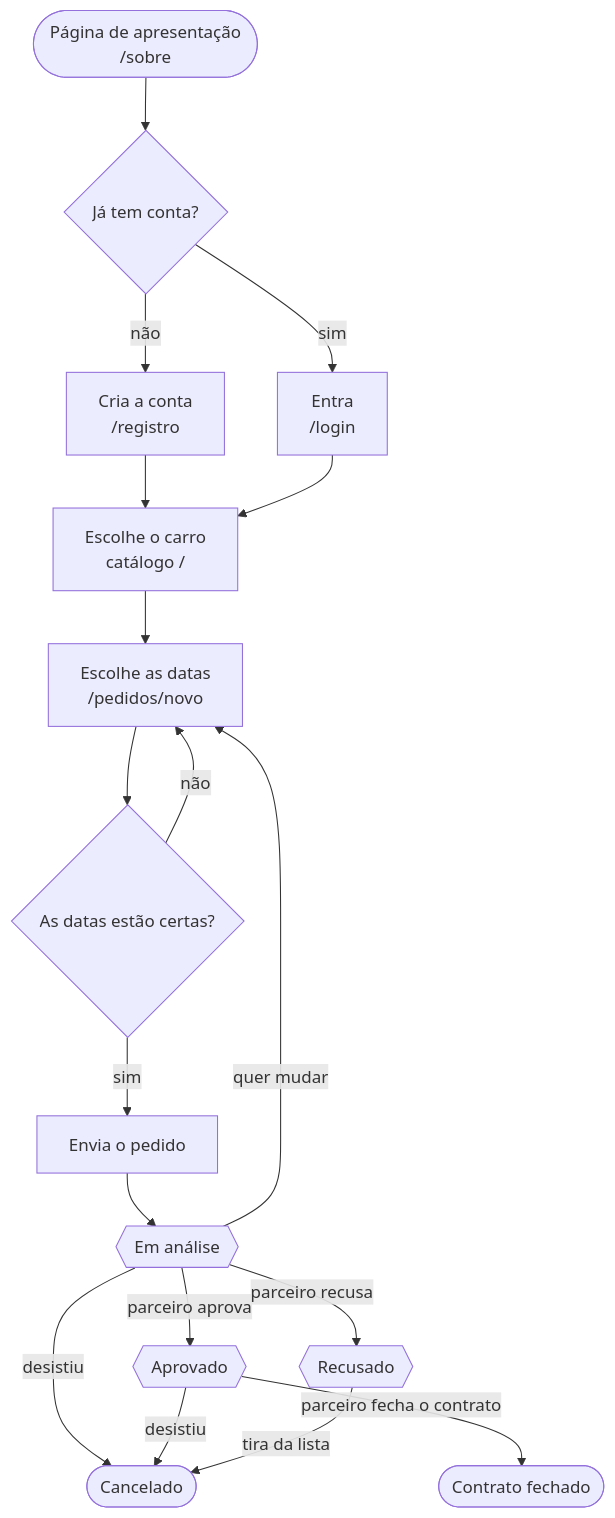
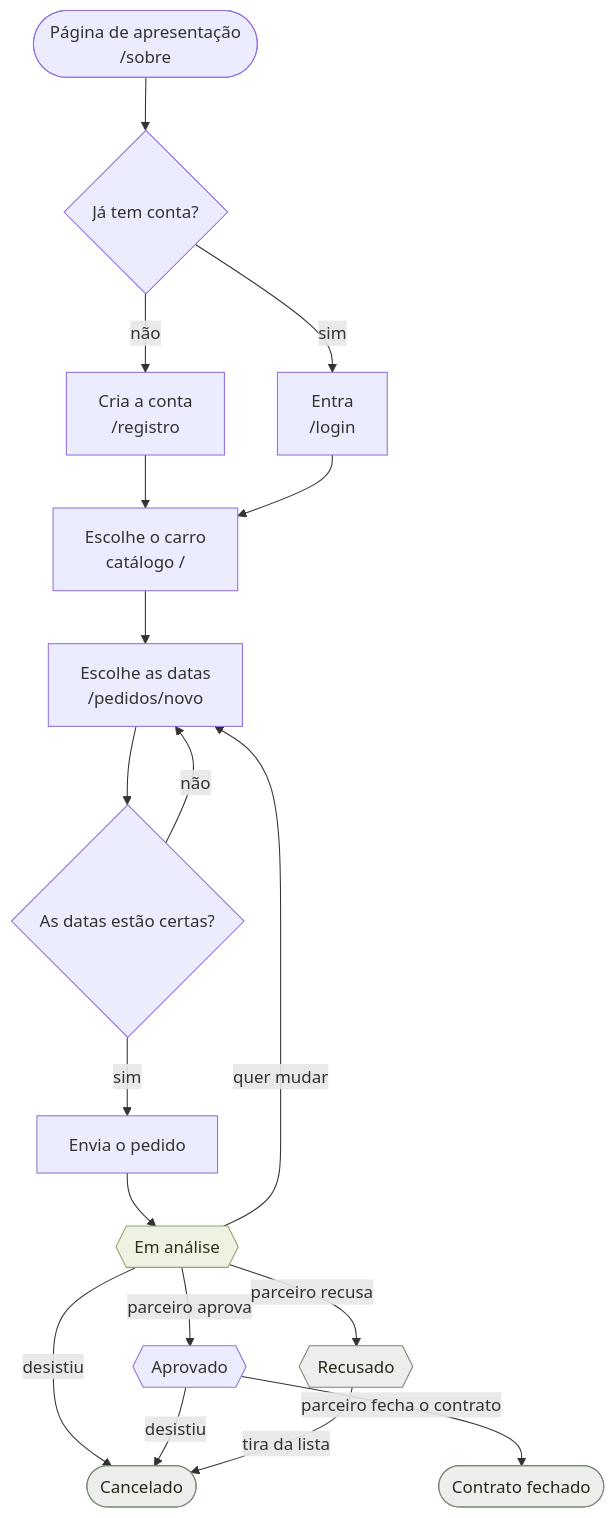
Before and after one commit to christiano-gonara/AluguelCarro: the first of 2 diagrams in docs/fluxos/01-jornada-do-cliente.md, drawn with Mermaid. The commit also changed 2 other files, not shown here.

Commit message:
docs: cores nos fluxogramas, na cor única da marca
Verde-oliva só no estado que pede ação (Em análise) e cinza nos estados
finais (Contrato fechado, Cancelado, Recusado). O resto fica neutro, como
o README já diz da interface: uma cor de destaque, no que pede atenção.

Os stateDiagram ficaram sem cor de propósito: o suporte a classDef neles é
mais restrito e, se falhar, o diagrama some em vez de só perder a cor.

````diff
--- a/docs/fluxos/01-jornada-do-cliente.md
+++ b/docs/fluxos/01-jornada-do-cliente.md
@@ -5,20 +5,25 @@
 ```mermaid
 flowchart TD
     A([Página de apresentação<br/>/sobre]) --> B{Já tem conta?}
     B -- não --> C[Cria a conta<br/>/registro]
     B -- sim --> D[Entra<br/>/login]
     C --> E
     D --> E[Escolhe o carro<br/>catálogo /]
     E --> F[Escolhe as datas<br/>/pedidos/novo]
     F --> G{As datas estão certas?}
     G -- não --> F
     G -- sim --> H[Envia o pedido]
     H --> I{{Em análise}}
     I -- quer mudar --> F
     I -- desistiu --> X([Cancelado])
     I -- parceiro aprova --> J{{Aprovado}}
     I -- parceiro recusa --> K{{Recusado}}
     J -- desistiu --> X
     K -- tira da lista --> X
     J -- parceiro fecha o contrato --> L([Contrato fechado])
+
+    classDef acao fill:#eef2e2,stroke:#8fa36a,color:#2c3418
+    classDef fim fill:#ebeeea,stroke:#7b8574,color:#232a1c
+    class I acao
+    class K,L,X fim
 ```
````
